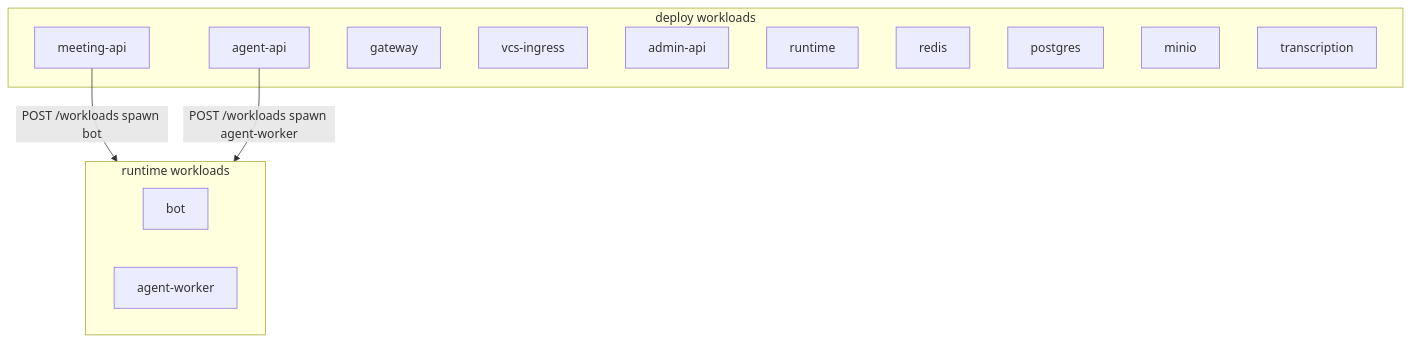
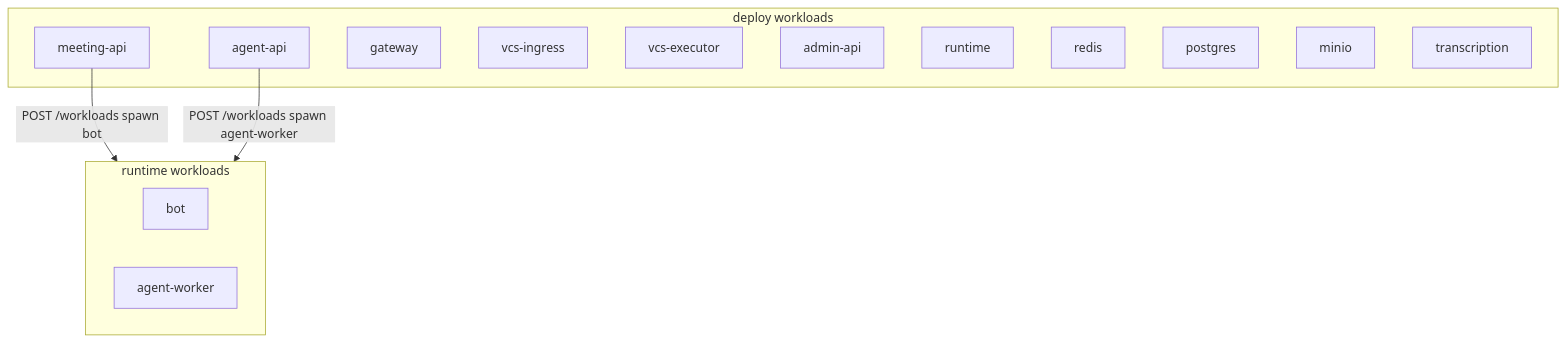
The diagram in docs/views/deployment.mmd (DmitriyG228/vexa), drawn with Mermaid before and after one commit. The commit also changed 36 other files, not shown here.

```diff
--- a/docs/views/deployment.mmd
+++ b/docs/views/deployment.mmd
@@ -1,20 +1,21 @@
 %% GENERATED — pnpm arch:dsl --write
 flowchart TB
   subgraph runtime_wl["runtime workloads"]
     bot["bot"]
     agent_worker["agent-worker"]
   end
   meeting_api -->|"POST /workloads spawn bot"| runtime_wl
   agent_api -->|"POST /workloads spawn agent-worker"| runtime_wl
   subgraph deploy_wl["deploy workloads"]
     gateway["gateway"]
     meeting_api["meeting-api"]
     agent_api["agent-api"]
     vcs_ingress["vcs-ingress"]
+    vcs_executor["vcs-executor"]
     admin_api["admin-api"]
     runtime["runtime"]
     redis["redis"]
     postgres["postgres"]
     minio["minio"]
     transcription["transcription"]
   end
```
